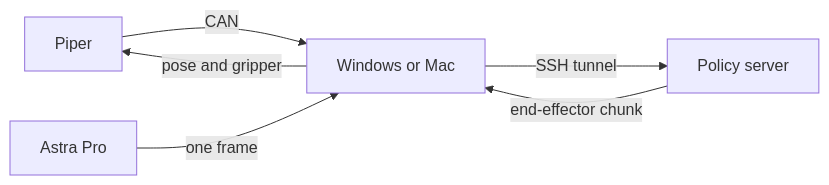
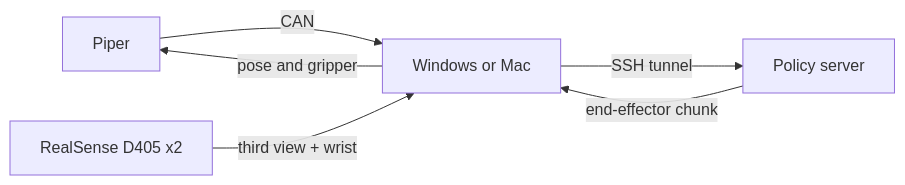
The diagram in README.md (Yuxi1000/CEI_robot_arms), drawn with Mermaid before and after one commit. The commit also changed other lines of this file and 18 other files, not shown here.

First line of the commit message:
Read both RealSense D405 cameras for inference and recording.

````diff
--- a/README.md
+++ b/README.md
@@ -9,12 +9,12 @@
 ```mermaid
 flowchart LR
   arm[Piper]
-  cam[Astra Pro]
+  cam[RealSense D405 x2]
   pc[Windows or Mac]
   gpu[Policy server]
   arm -->|CAN| pc
-  cam -->|one frame| pc
+  cam -->|third view + wrist| pc
   pc -->|SSH tunnel| gpu
   gpu -->|end-effector chunk| pc
   pc -->|pose and gripper| arm
 ```
````
